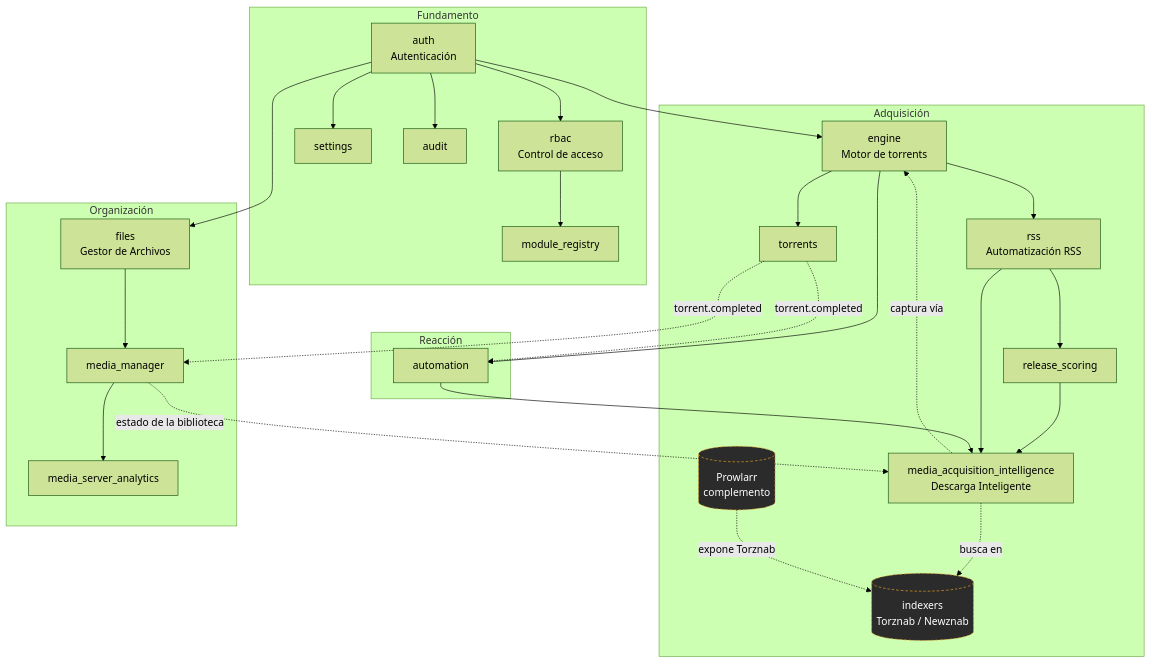
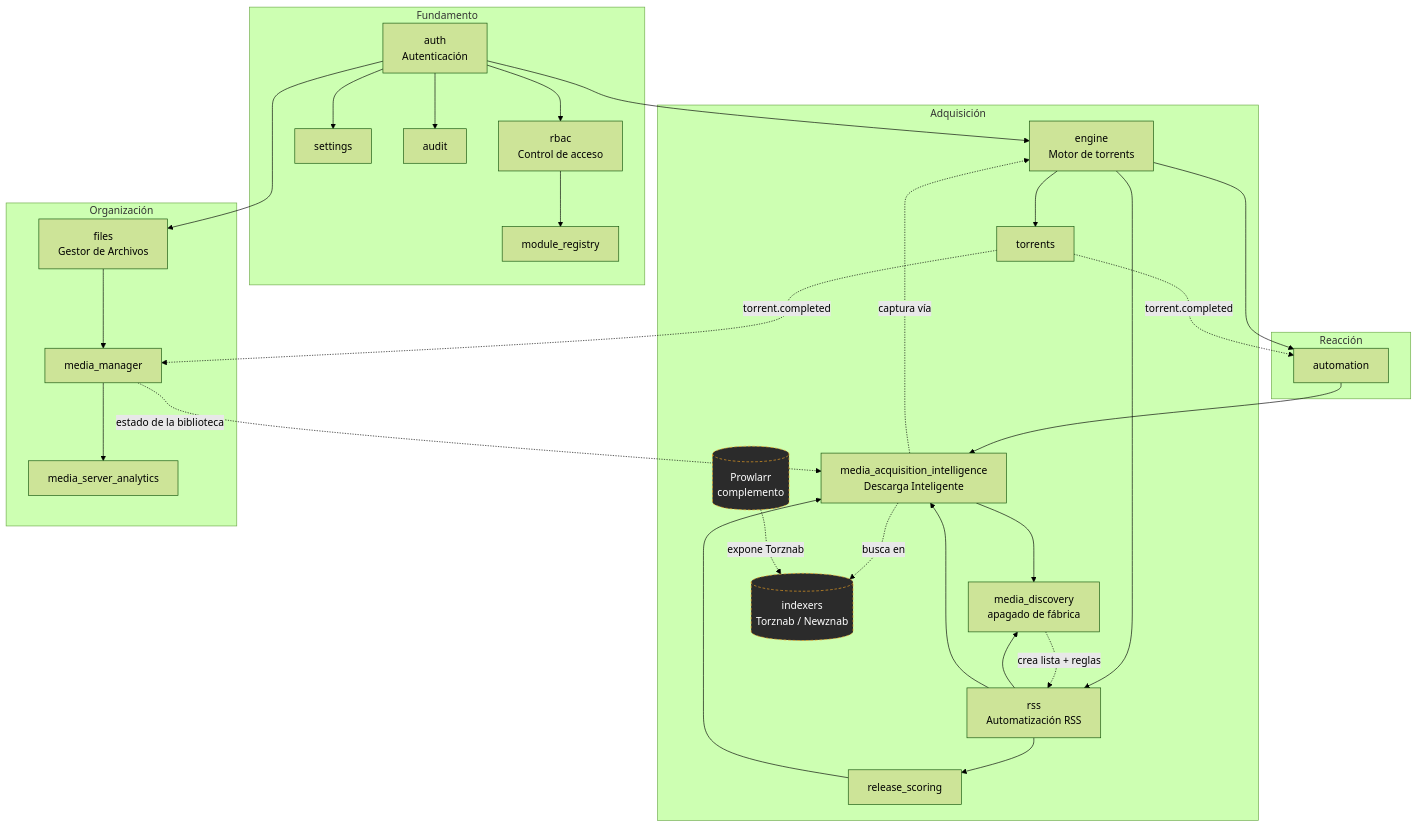
One commit to ultratorrentofficial/ultratorrent changed the diagram in website/i18n/es-PR/docusaurus-plugin-content-docs/current/modules/index.md. Above: the diagram before and after it, drawn with Mermaid (forest theme). The commit also changed other lines of this file and 25 other files, not shown here.

````diff
--- a/website/i18n/es-PR/docusaurus-plugin-content-docs/current/modules/index.md
+++ b/website/i18n/es-PR/docusaurus-plugin-content-docs/current/modules/index.md
@@ -56,59 +68,63 @@
 ```mermaid
 flowchart TD
   subgraph Foundation [Fundamento]
     AUTH[auth<br/>Autenticación]
     RBAC[rbac<br/>Control de acceso]
     SET[settings]
     AUD[audit]
     MR[module_registry]
   end
 
   subgraph Acquisition [Adquisición]
     ENG[engine<br/>Motor de torrents]
     TOR[torrents]
     RSS[rss<br/>Automatización RSS]
     RS[release_scoring]
     MAI[media_acquisition_intelligence<br/>Descarga Inteligente]
+    DISC[media_discovery<br/>apagado de fábrica]
     IDX[(indexers<br/>Torznab / Newznab)]
     PRW[(Prowlarr<br/>complemento)]
   end
 
   subgraph Organisation [Organización]
     FILES[files<br/>Gestor de Archivos]
     MM[media_manager]
     MSA[media_server_analytics]
   end
 
   subgraph Reaction [Reacción]
     AUTO[automation]
   end
 
   AUTH --> RBAC
   AUTH --> ENG
   AUTH --> FILES
   AUTH --> SET
   AUTH --> AUD
   RBAC --> MR
 
   ENG --> TOR
   ENG --> RSS
   ENG --> AUTO
 
   RSS --> RS
   RS --> MAI
+  MAI --> DISC
+  RSS --> DISC
+  DISC -.crea lista + reglas.-> RSS
   RSS --> MAI
   AUTO --> MAI
   MAI -.->|busca en| IDX
   PRW -.->|expone Torznab| IDX
 
   FILES --> MM
   MM --> MSA
   MM -.->|estado de la biblioteca| MAI
 
   MAI -.->|captura vía| ENG
   TOR -.->|torrent.completed| MM
   TOR -.->|torrent.completed| AUTO
 
   classDef ext fill:#2b2b2b,stroke:#f5a623,color:#fff,stroke-dasharray: 4 3
   class IDX,PRW ext
 ```
````
